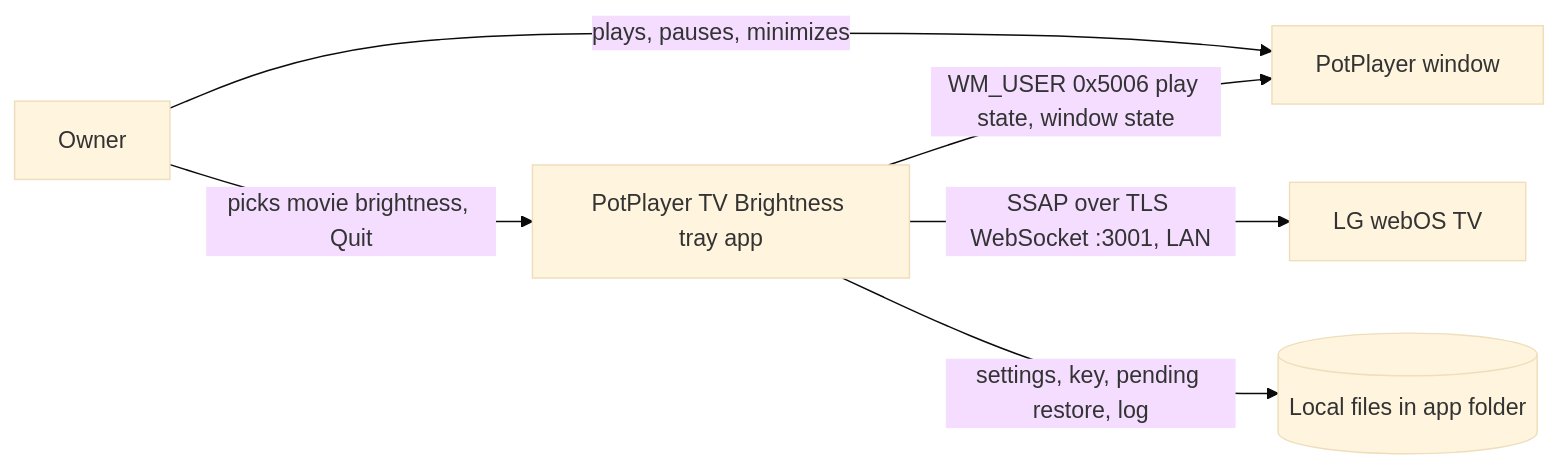
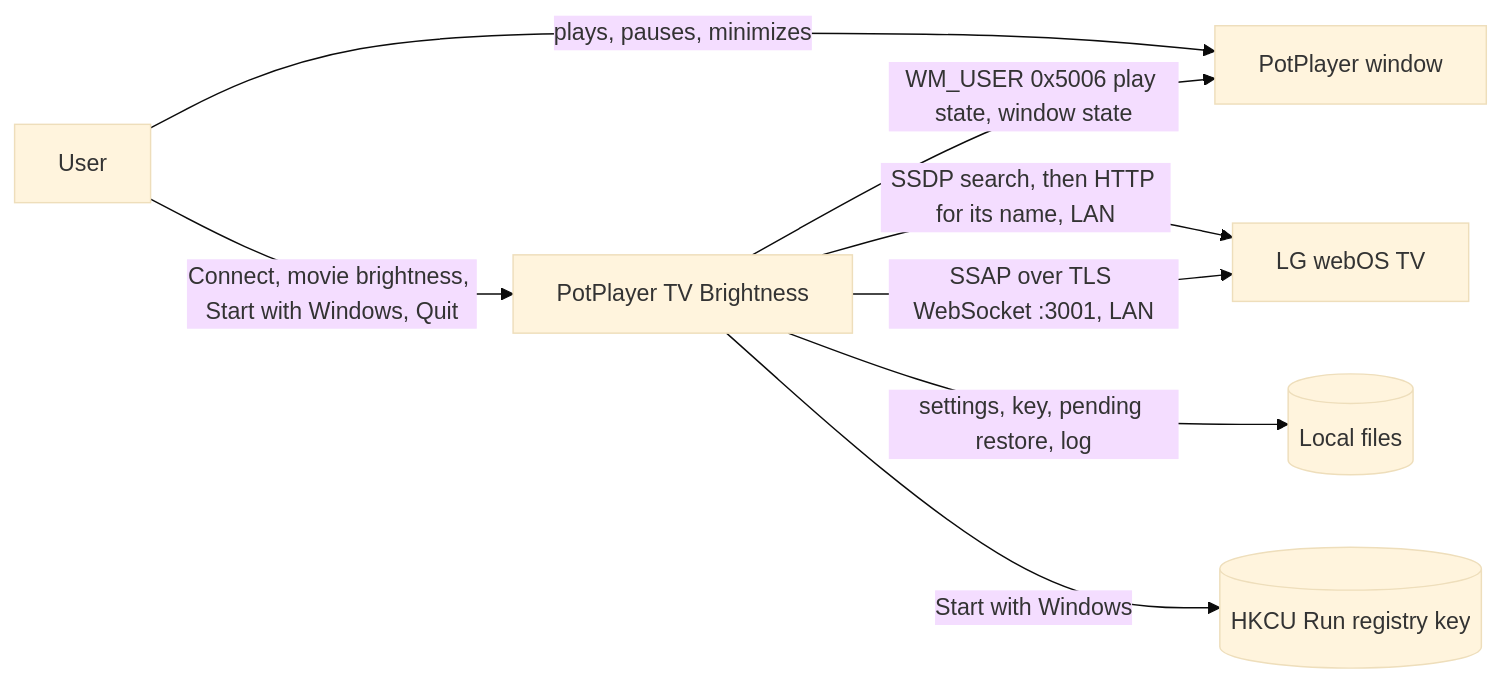
One commit to roko-tech/potplayer-tv-brightness changed the diagram in docs/architecture/overview.md. Above: the diagram before and after it, drawn with Mermaid (base theme). The commit also changed other lines of this file and 24 other files, not shown here.

````diff
--- a/docs/architecture/overview.md
+++ b/docs/architecture/overview.md
@@ -11,8 +11,10 @@
 ```mermaid
 flowchart LR
-    Owner[Owner] -->|plays, pauses, minimizes| PotPlayer[PotPlayer window]
-    Owner -->|picks movie brightness, Quit| App[PotPlayer TV Brightness tray app]
+    User[User] -->|plays, pauses, minimizes| PotPlayer[PotPlayer window]
+    User -->|Connect, movie brightness, Start with Windows, Quit| App[PotPlayer TV Brightness]
     App -->|WM_USER 0x5006 play state, window state| PotPlayer
-    App -->|SSAP over TLS WebSocket :3001, LAN| TV[LG webOS TV]
-    App -->|settings, key, pending restore, log| Files[(Local files in app folder)]
+    App -->|SSDP search, then HTTP for its name, LAN| TV[LG webOS TV]
+    App -->|SSAP over TLS WebSocket :3001, LAN| TV
+    App -->|settings, key, pending restore, log| Files[(Local files)]
+    App -->|Start with Windows| Run[(HKCU Run registry key)]
 ```
````
